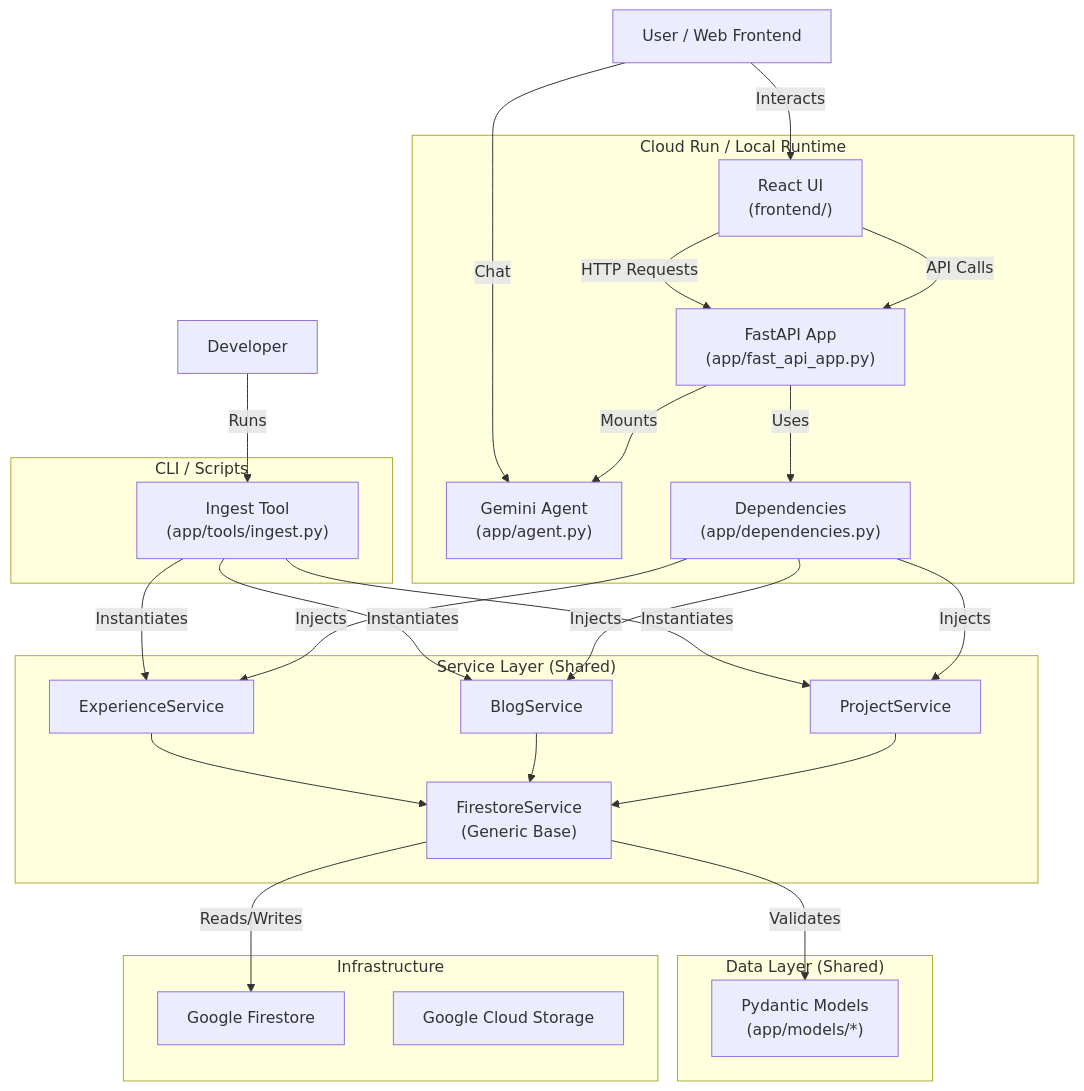
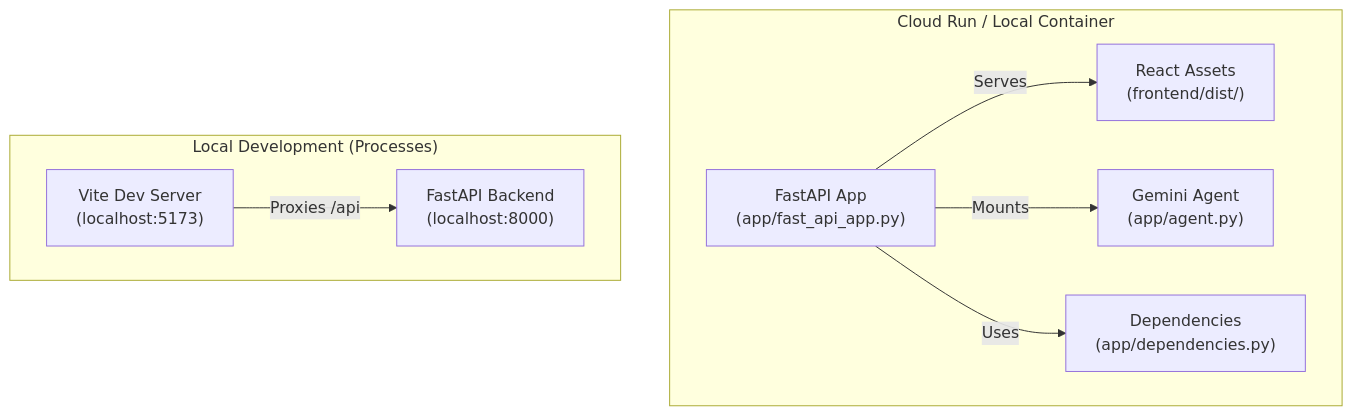
One commit to derailed-dash/dazbo-portfolio changed the diagram in docs/design-and-walkthrough.md. Above: the diagram before and after it, drawn with Mermaid. The commit also changed other lines of this file and 3 other files, not shown here.

````diff
--- a/docs/design-and-walkthrough.md
+++ b/docs/design-and-walkthrough.md
@@ -76,55 +86,20 @@
 ```mermaid
 graph TD
-    subgraph "Cloud Run / Local Runtime"
+    subgraph "Cloud Run / Local Container"
         API["FastAPI App<br/>(app/fast_api_app.py)"]
-        Frontend["React UI<br/>(frontend/)"]
+        Frontend["React Assets<br/>(frontend/dist/)"]
         Agent["Gemini Agent<br/>(app/agent.py)"]
         Dep["Dependencies<br/>(app/dependencies.py)"]
         
-        Frontend -->|API Calls| API
+        API -->|Serves| Frontend
         API -->|Mounts| Agent
         API -->|Uses| Dep
     end
 
-    subgraph "CLI / Scripts"
-        CLI["Ingest Tool<br/>(app/tools/ingest.py)"]
+    subgraph "Local Development (Processes)"
+        Vite["Vite Dev Server<br/>(localhost:5173)"]
+        FastAPI["FastAPI Backend<br/>(localhost:8000)"]
+        
+        Vite -->|Proxies /api| FastAPI
     end
-
-    subgraph "Service Layer (Shared)"
-        PS["ProjectService"]
-        BS["BlogService"]
-        ES["ExperienceService"]
-        FS["FirestoreService<br/>(Generic Base)"]
-        
-        PS --> FS
-        BS --> FS
-        ES --> FS
-    end
-
-    subgraph "Data Layer (Shared)"
-        Models["Pydantic Models<br/>(app/models/*)"];
-    end
-
-    subgraph "Infrastructure"
-        Firestore["Google Firestore"]
-        GCS["Google Cloud Storage"]
-    end
-
-    %% Relationships
-    Dep -->|Injects| PS
-    Dep -->|Injects| BS
-    Dep -->|Injects| ES
-    CLI -->|Instantiates| PS
-    CLI -->|Instantiates| BS
-    CLI -->|Instantiates| ES
-    FS -->|Reads/Writes| Firestore
-    FS -->|Validates| Models
-    
-    %% User Interactions
-    User["User / Web Frontend"] -->|Interacts| Frontend
-    Frontend -->|HTTP Requests| API
-    User -->|Chat| Agent
-    
-    %% Ingestion Flow
-    Dev["Developer"] -->|Runs| CLI
 ```
````
